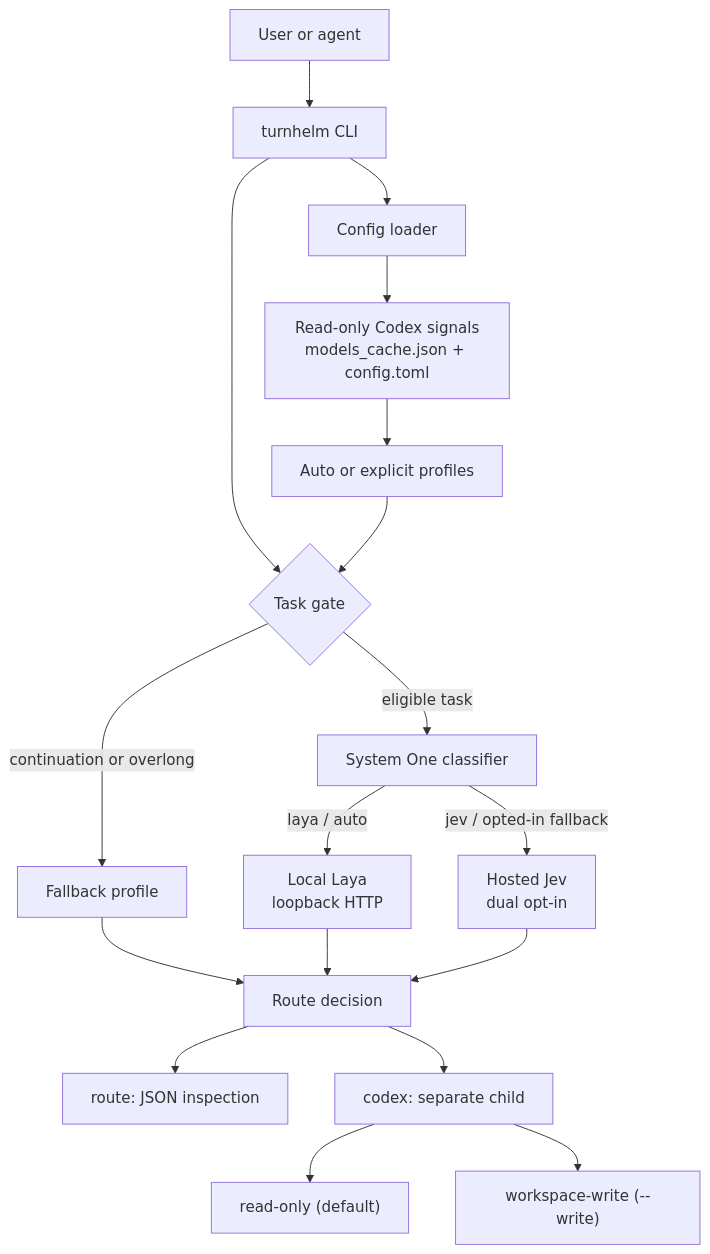
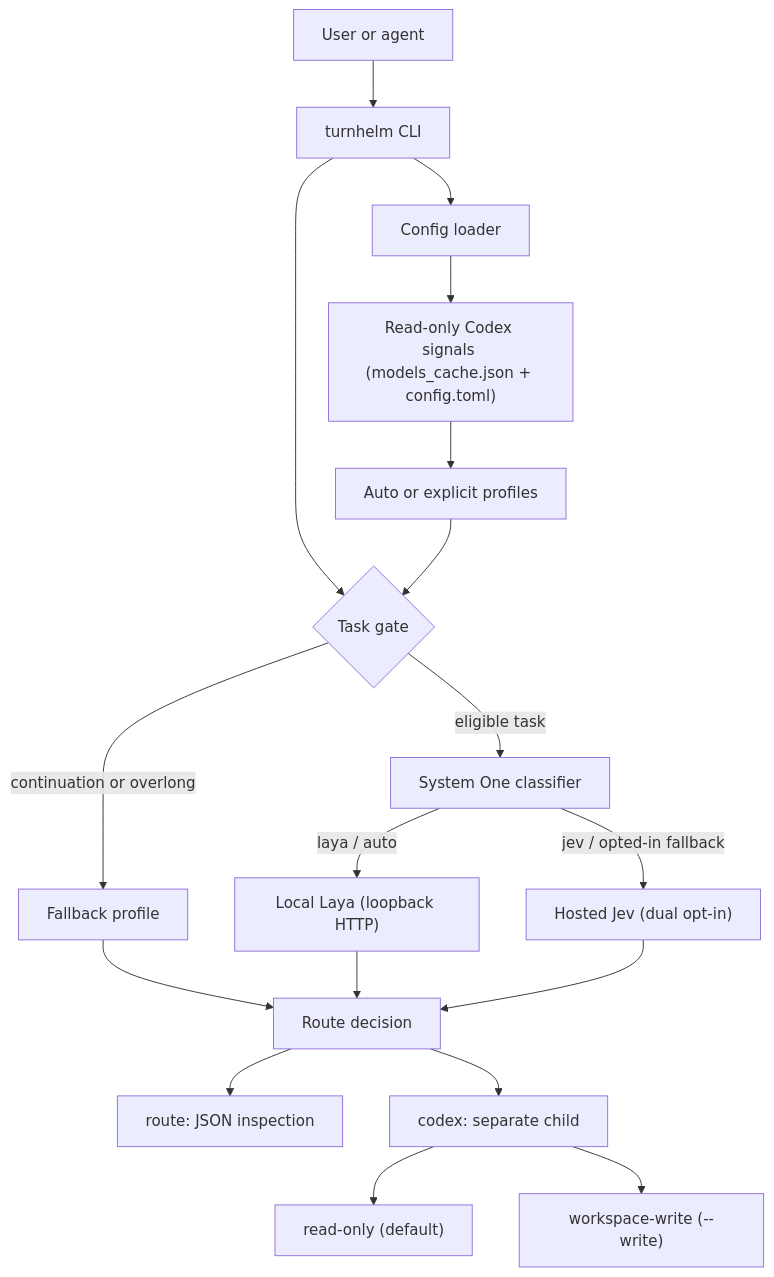
The first of 2 diagrams in README.md (milhous/turnhelm), drawn with Mermaid before and after one commit. The commit also changed other lines of this file, not shown here.

Commit message:
docs(readme): fix Mermaid rendering

````diff
--- a/README.md
+++ b/README.md
@@ -27,23 +27,23 @@
 ```mermaid
 flowchart TB
     U["User or agent"] --> CLI["turnhelm CLI"]
     CLI --> CFG["Config loader"]
-    CFG --> SIG["Read-only Codex signals<br/>models_cache.json + config.toml"]
+    CFG --> SIG["Read-only Codex signals (models_cache.json + config.toml)"]
     SIG --> PROFILES["Auto or explicit profiles"]
     CLI --> GATE{"Task gate"}
     PROFILES --> GATE
 
     GATE -->|continuation or overlong| FALLBACK["Fallback profile"]
     GATE -->|eligible task| CLASSIFIER["System One classifier"]
-    CLASSIFIER -->|laya / auto| LAYA["Local Laya<br/>loopback HTTP"]
-    CLASSIFIER -->|jev / opted-in fallback| JEV["Hosted Jev<br/>dual opt-in"]
+    CLASSIFIER -->|"laya / auto"| LAYA["Local Laya (loopback HTTP)"]
+    CLASSIFIER -->|"jev / opted-in fallback"| JEV["Hosted Jev (dual opt-in)"]
 
     FALLBACK --> DECISION["Route decision"]
     LAYA --> DECISION
     JEV --> DECISION
 
     DECISION --> ROUTE["route: JSON inspection"]
     DECISION --> CODEX["codex: separate child"]
     CODEX --> READ["read-only (default)"]
     CODEX --> WRITE["workspace-write (--write)"]
 ```
````
